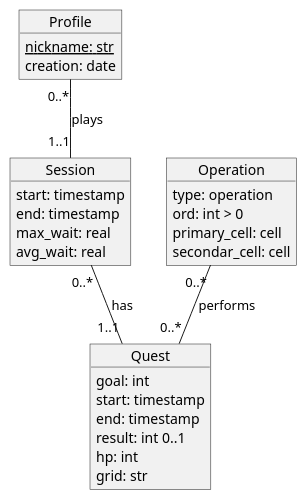
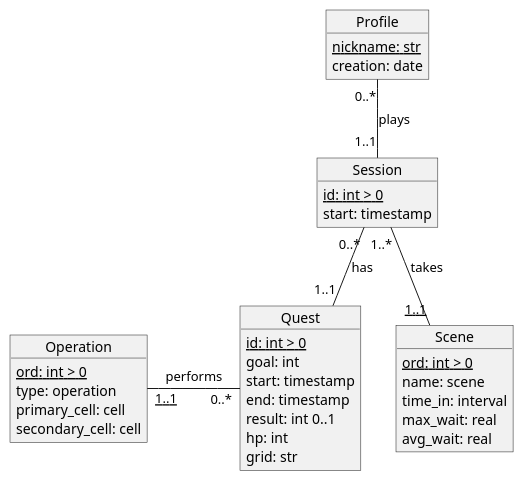
One commit to AntoninoRando/Grid-Quest changed the diagram in doc/Database Relational Schema/2. ER Diagram.wsd. Above: the diagram before and after it, drawn with PlantUML. The commit also changed 2 other files, not shown here.

Commit message:
refactor: Add 'Scene' table to the database

```diff
--- a/doc/Database Relational Schema/2. ER Diagram.wsd
+++ b/doc/Database Relational Schema/2. ER Diagram.wsd
@@ -1,41 +1,50 @@
 @startuml database-ER
 
 ' Entities
 
 object Profile {
-    {static} nickname: str
+    <u>nickname: str</u>
     creation: date
 }
 
 object Session {
+    <u>id: int > 0</u>
     start: timestamp
-    end: timestamp
+}
+
+object Scene {
+    <u>ord: int > 0</u>
+    name: scene
+    time_in: interval
     max_wait: real
     avg_wait: real
 }
 
 object Quest {
+    <u>id: int > 0</u>
     goal: int
     start: timestamp
     end: timestamp
     result: int 0..1
     hp: int
     grid: str
 }
 
 object Operation {
+    <u>ord: int > 0</u>
     type: operation
-    ord: int > 0
     primary_cell: cell
-    secondar_cell: cell
+    secondary_cell: cell
 }
 
 ' Relationship
 
 Profile "0..*" -- "1..1" Session : plays
 
 Session "0..*" -- "1..1" Quest : has
 
-Operation "0..*" -- "0..*" Quest : performs
+Session "1..*" -- "<u>1..1</u>" Scene : takes
+
+Quest "0..*" -left- "<u>1..1</u>" Operation : performs
 
 @enduml
```
